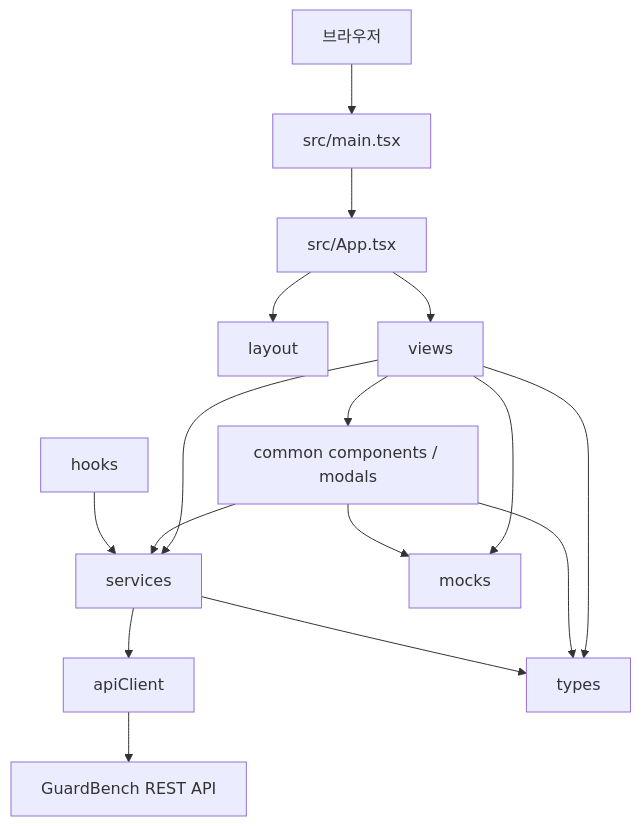
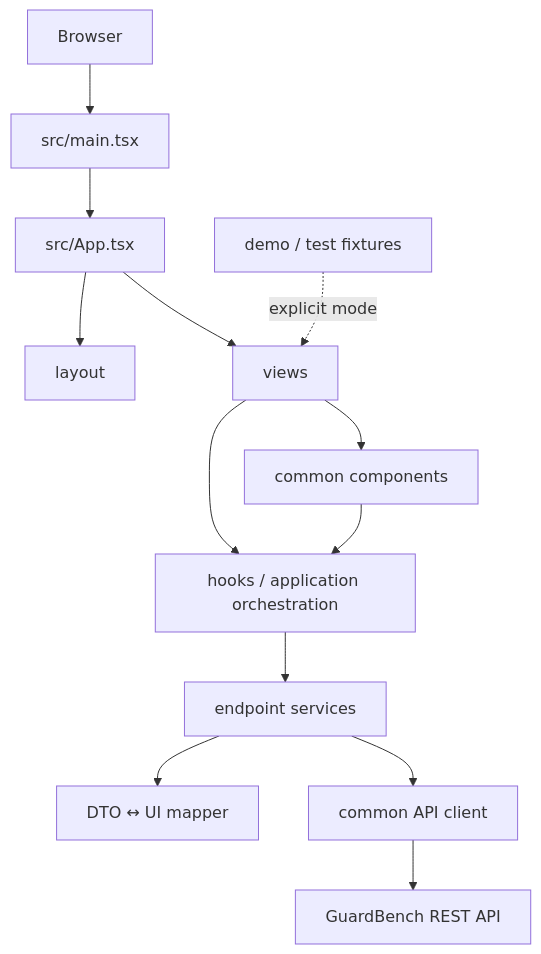
One commit to GuardBench/guardbench-frontend changed the first of 3 diagrams in docs/architecture/frontend-architecture.md. Above: the diagram before and after it, drawn with Mermaid. The commit also changed other lines of this file, not shown here.

````diff
--- a/docs/architecture/frontend-architecture.md
+++ b/docs/architecture/frontend-architecture.md
@@ -15,18 +16,15 @@
 ```mermaid
 flowchart TD
-    Browser[브라우저] --> Main[src/main.tsx]
+    Browser --> Main[src/main.tsx]
     Main --> App[src/App.tsx]
     App --> Layout[layout]
     App --> Views[views]
-    Views --> Common[common components / modals]
-    Views --> Services[services]
-    Common --> Services
-    Views --> Mocks[mocks]
-    Common --> Mocks
-    Hooks[hooks] --> Services
-    Services --> Client[apiClient]
+    Views --> Common[common components]
+    Views --> Hooks[hooks / application orchestration]
+    Common --> Hooks
+    Hooks --> Services[endpoint services]
+    Services --> Mappers[DTO ↔ UI mapper]
+    Services --> Client[common API client]
     Client --> API[GuardBench REST API]
-    Views --> Types[types]
-    Common --> Types
-    Services --> Types
+    Fixtures[demo / test fixtures] -. explicit mode .-> Views
 ```
````
